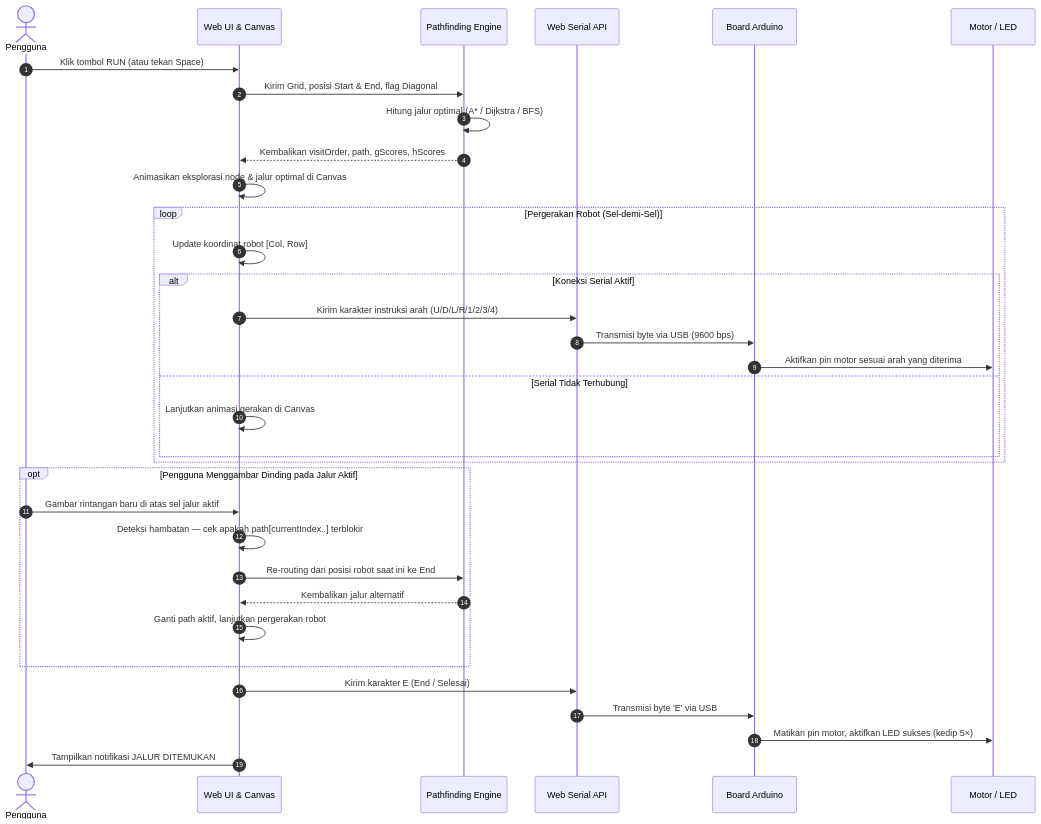
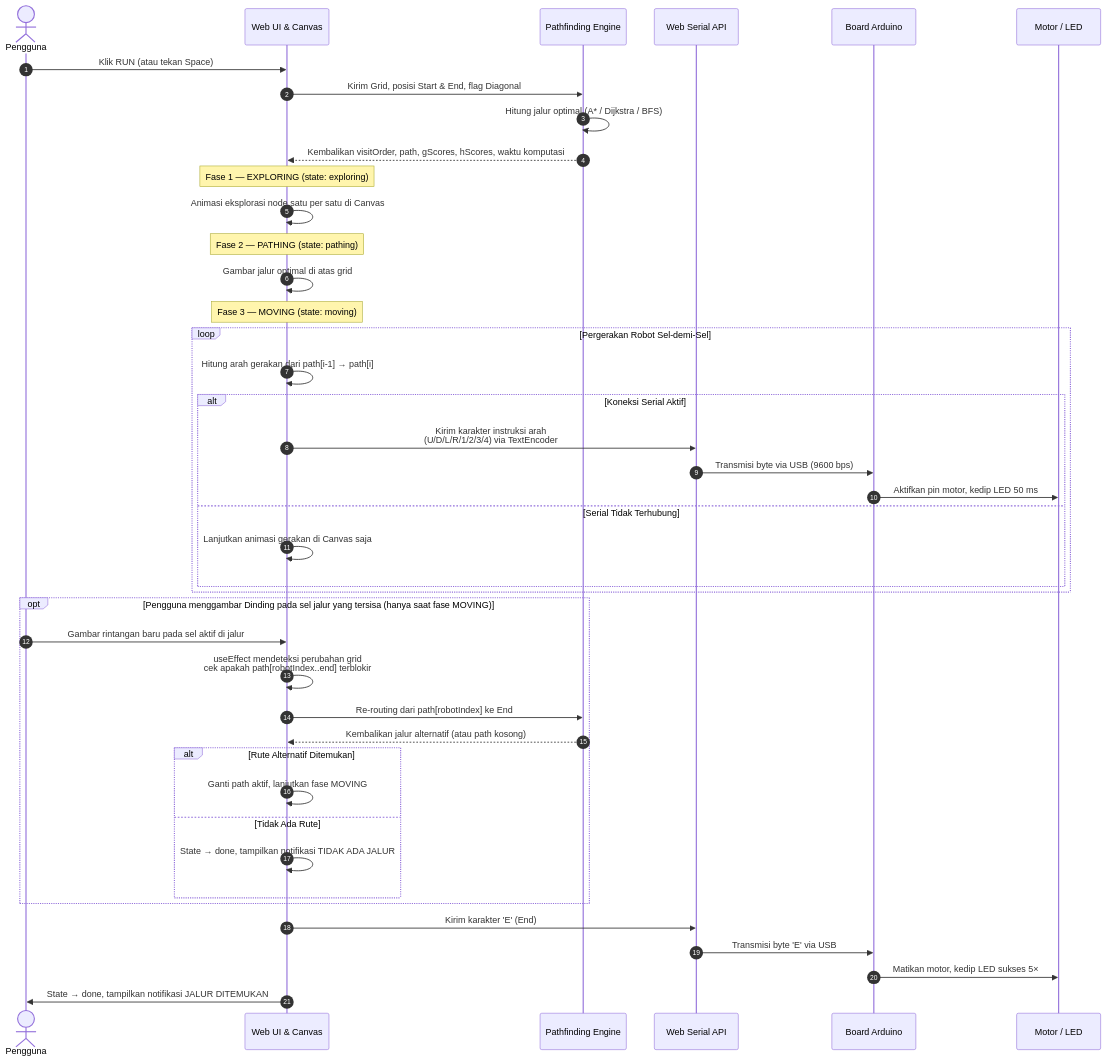
One commit to adnan-rabban/uas-arkom changed the second of 3 diagrams in README.md. Above: the diagram before and after it, drawn with Mermaid. The commit also changed other lines of this file and 2 other files, not shown here.

Commit message:
feat & docs: replace Recursive Division with DFS Braid Maze generator and fix README diagrams

````diff
--- a/README.md
+++ b/README.md
@@ -153,40 +185,50 @@
 ```mermaid
 sequenceDiagram
     autonumber
     actor User as Pengguna
     participant WebUI as Web UI & Canvas
     participant Solver as Pathfinding Engine
     participant Serial as Web Serial API
     participant Arduino as Board Arduino
     participant Hardware as Motor / LED
 
-    User->>WebUI: Klik tombol RUN (atau tekan Space)
+    User->>WebUI: Klik RUN (atau tekan Space)
     WebUI->>Solver: Kirim Grid, posisi Start & End, flag Diagonal
     Solver->>Solver: Hitung jalur optimal (A* / Dijkstra / BFS)
-    Solver-->>WebUI: Kembalikan visitOrder, path, gScores, hScores
-    WebUI->>WebUI: Animasikan eksplorasi node & jalur optimal di Canvas
+    Solver-->>WebUI: Kembalikan visitOrder, path, gScores, hScores, waktu komputasi
 
-    loop Pergerakan Robot (Sel-demi-Sel)
-        WebUI->>WebUI: Update koordinat robot [Col, Row]
+    Note over WebUI: Fase 1 — EXPLORING (state: exploring)
+    WebUI->>WebUI: Animasi eksplorasi node satu per satu di Canvas
+
+    Note over WebUI: Fase 2 — PATHING (state: pathing)
+    WebUI->>WebUI: Gambar jalur optimal di atas grid
+
+    Note over WebUI: Fase 3 — MOVING (state: moving)
+    loop Pergerakan Robot Sel-demi-Sel
+        WebUI->>WebUI: Hitung arah gerakan dari path[i-1] → path[i]
         alt Koneksi Serial Aktif
-            WebUI->>Serial: Kirim karakter instruksi arah (U/D/L/R/1/2/3/4)
+            WebUI->>Serial: Kirim karakter instruksi arah<br/>(U/D/L/R/1/2/3/4) via TextEncoder
             Serial->>Arduino: Transmisi byte via USB (9600 bps)
-            Arduino->>Hardware: Aktifkan pin motor sesuai arah yang diterima
+            Arduino->>Hardware: Aktifkan pin motor, kedip LED 50 ms
         else Serial Tidak Terhubung
-            WebUI->>WebUI: Lanjutkan animasi gerakan di Canvas
+            WebUI->>WebUI: Lanjutkan animasi gerakan di Canvas saja
         end
     end
 
-    opt Pengguna Menggambar Dinding pada Jalur Aktif
-        User->>WebUI: Gambar rintangan baru di atas sel jalur aktif
-        WebUI->>WebUI: Deteksi hambatan — cek apakah path[currentIndex..] terblokir
-        WebUI->>Solver: Re-routing dari posisi robot saat ini ke End
-        Solver-->>WebUI: Kembalikan jalur alternatif
-        WebUI->>WebUI: Ganti path aktif, lanjutkan pergerakan robot
+    opt Pengguna menggambar Dinding pada sel jalur yang tersisa (hanya saat fase MOVING)
+        User->>WebUI: Gambar rintangan baru pada sel aktif di jalur
+        WebUI->>WebUI: useEffect mendeteksi perubahan grid<br/>cek apakah path[robotIndex..end] terblokir
+        WebUI->>Solver: Re-routing dari path[robotIndex] ke End
+        Solver-->>WebUI: Kembalikan jalur alternatif (atau path kosong)
+        alt Rute Alternatif Ditemukan
+            WebUI->>WebUI: Ganti path aktif, lanjutkan fase MOVING
+        else Tidak Ada Rute
+            WebUI->>WebUI: State → done, tampilkan notifikasi TIDAK ADA JALUR
+        end
     end
 
-    WebUI->>Serial: Kirim karakter E (End / Selesai)
+    WebUI->>Serial: Kirim karakter 'E' (End)
     Serial->>Arduino: Transmisi byte 'E' via USB
-    Arduino->>Hardware: Matikan pin motor, aktifkan LED sukses (kedip 5×)
-    WebUI->>User: Tampilkan notifikasi JALUR DITEMUKAN
+    Arduino->>Hardware: Matikan motor, kedip LED sukses 5×
+    WebUI->>User: State → done, tampilkan notifikasi JALUR DITEMUKAN
 ```
````
